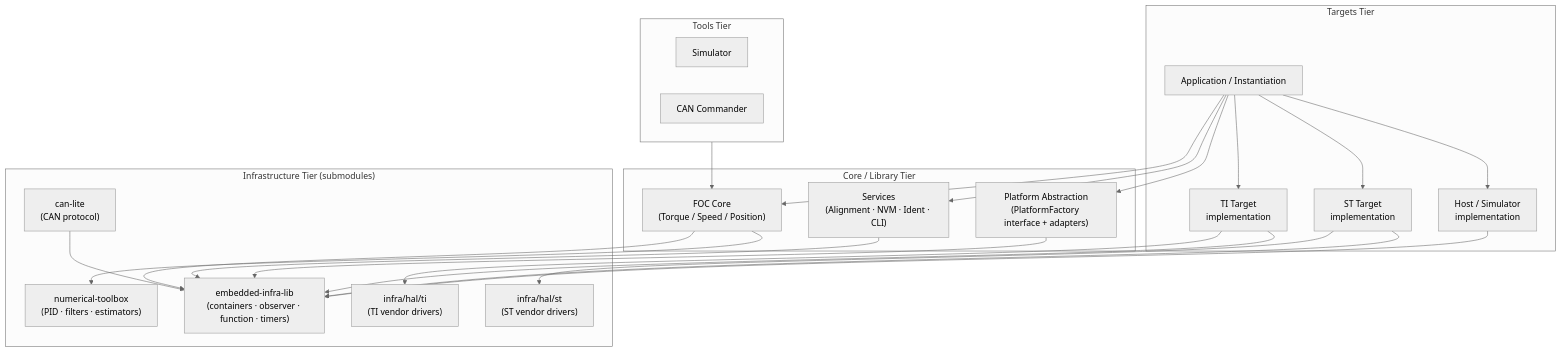
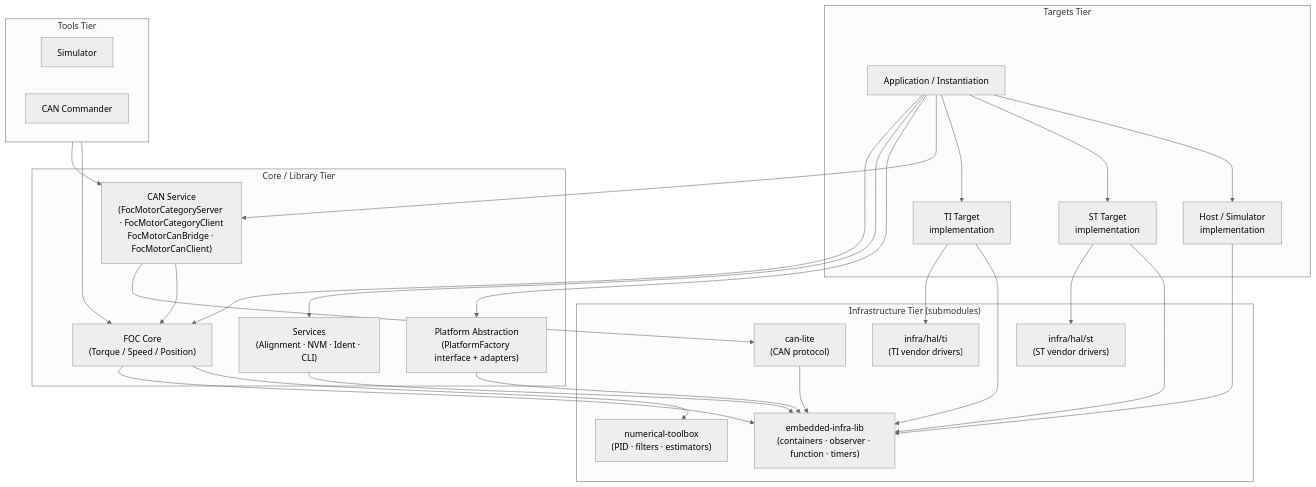
Before and after one commit to embedded-pro/e-foc: the first of 6 diagrams in documentation/architecture/system.md, drawn with Mermaid (neutral theme). The commit also changed other lines of this file and 57 other files, not shown here.

First line of the commit message:
feat: implement CAN FOC service layer  (#239)

````diff
--- a/documentation/architecture/system.md
+++ b/documentation/architecture/system.md
@@ -54,46 +54,51 @@
 ```mermaid
 graph TD
     subgraph TARGETS["Targets Tier"]
         INST["Application / Instantiation"]
         PAL_TI["TI Target\nimplementation"]
         PAL_ST["ST Target\nimplementation"]
         PAL_HOST["Host / Simulator\nimplementation"]
     end
 
     subgraph SRC["Core / Library Tier"]
         SVC["Services\n(Alignment · NVM · Ident · CLI)"]
         FOC["FOC Core\n(Torque / Speed / Position)"]
         HF["Platform Abstraction\n(PlatformFactory interface + adapters)"]
+        CAN_SVC["CAN Service\n(FocMotorCategoryServer · FocMotorCategoryClient\nFocMotorCanBridge · FocMotorCanClient)"]
     end
 
     subgraph INFRA["Infrastructure Tier (submodules)"]
         EMIL["embedded-infra-lib\n(containers · observer · function · timers)"]
         NT["numerical-toolbox\n(PID · filters · estimators)"]
         CAN["can-lite\n(CAN protocol)"]
         HAL_TI["infra/hal/ti\n(TI vendor drivers)"]
         HAL_ST["infra/hal/st\n(ST vendor drivers)"]
     end
 
     subgraph TOOLS["Tools Tier"]
         SIM["Simulator"]
         CANC["CAN Commander"]
     end
 
     INST --> FOC
     INST --> SVC
     INST --> HF
+    INST --> CAN_SVC
     INST --> PAL_TI
     INST --> PAL_ST
     INST --> PAL_HOST
     FOC --> EMIL
     FOC --> NT
     SVC --> EMIL
     HF --> EMIL
+    CAN_SVC --> CAN
+    CAN_SVC --> FOC
     PAL_TI --> HAL_TI
     PAL_ST --> HAL_ST
     PAL_HOST --> EMIL
     PAL_TI --> EMIL
     PAL_ST --> EMIL
     CAN --> EMIL
+    TOOLS --> CAN_SVC
     TOOLS --> FOC
 ```
````
